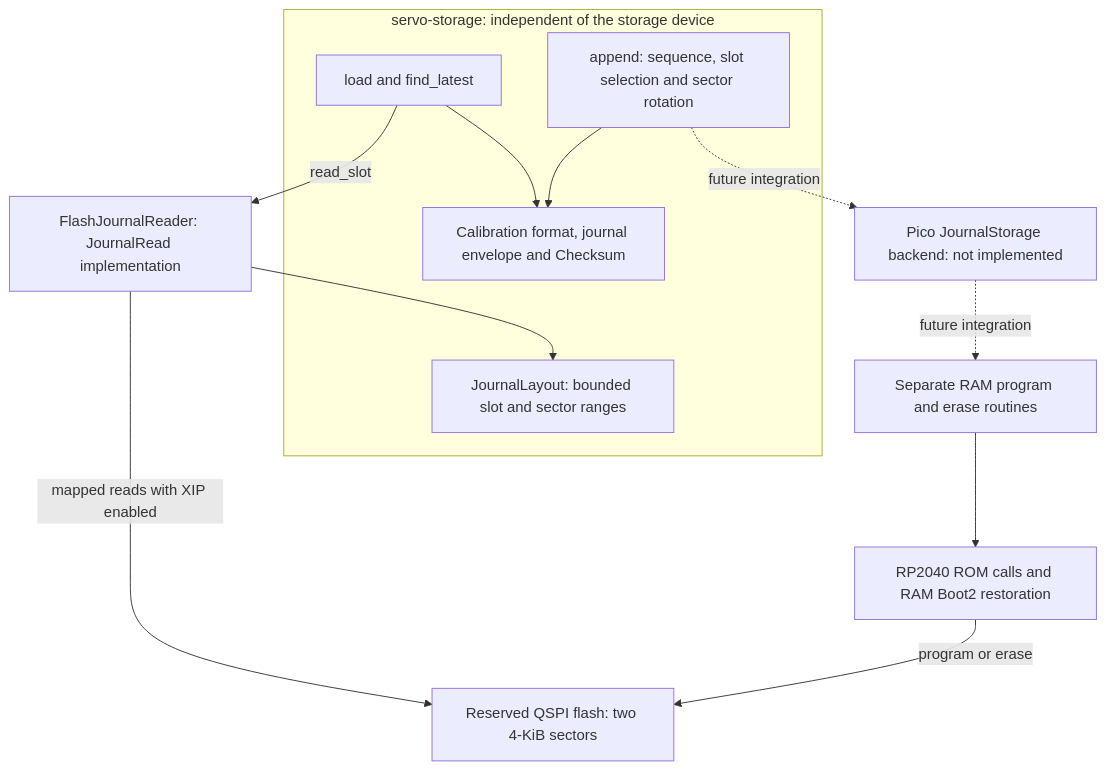
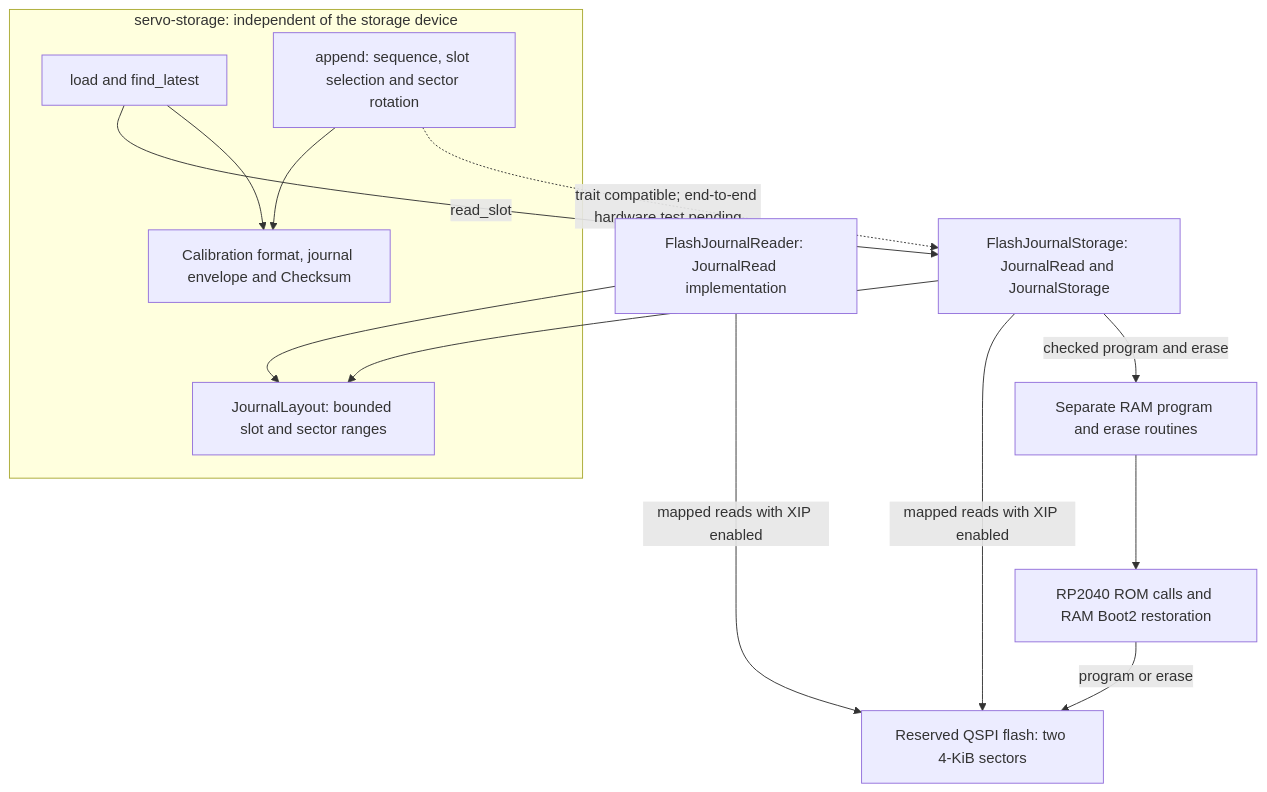
Before and after one commit to ebe542/hexaroam: the third of 3 diagrams in docs/architecture/software-layers.md, drawn with Mermaid. The commit also changed other lines of this file and 10 other files, not shown here.

Commit message:
Add Pico flash journal storage backend

````diff
--- a/docs/architecture/software-layers.md
+++ b/docs/architecture/software-layers.md
@@ -69,23 +69,25 @@
 ```mermaid
 flowchart TD
     subgraph Storage["servo-storage: independent of the storage device"]
         Load["load and find_latest"]
         Append["append: sequence, slot selection and sector rotation"]
         Format["Calibration format, journal envelope and Checksum"]
         Layout["JournalLayout: bounded slot and sector ranges"]
     end
     Read["FlashJournalReader: JournalRead implementation"]
     RAM["Separate RAM program and erase routines"]
     ROM["RP2040 ROM calls and RAM Boot2 restoration"]
     Flash["Reserved QSPI flash: two 4-KiB sectors"]
-    Future["Pico JournalStorage backend: not implemented"]
-    Load -->|"read_slot"| Read
+    Backend["FlashJournalStorage: JournalRead and JournalStorage"]
+    Load -->|"read_slot"| Backend
+    Backend --> Layout
+    Backend -->|"mapped reads with XIP enabled"| Flash
     Read --> Layout
     Read -->|"mapped reads with XIP enabled"| Flash
     Append --> Format
     Load --> Format
-    Append -.->|"future integration"| Future
-    Future -.->|"future integration"| RAM
+    Append -.->|"trait compatible; end-to-end hardware test pending"| Backend
+    Backend -->|"checked program and erase"| RAM
     RAM --> ROM
     ROM -->|"program or erase"| Flash
 ```
````
